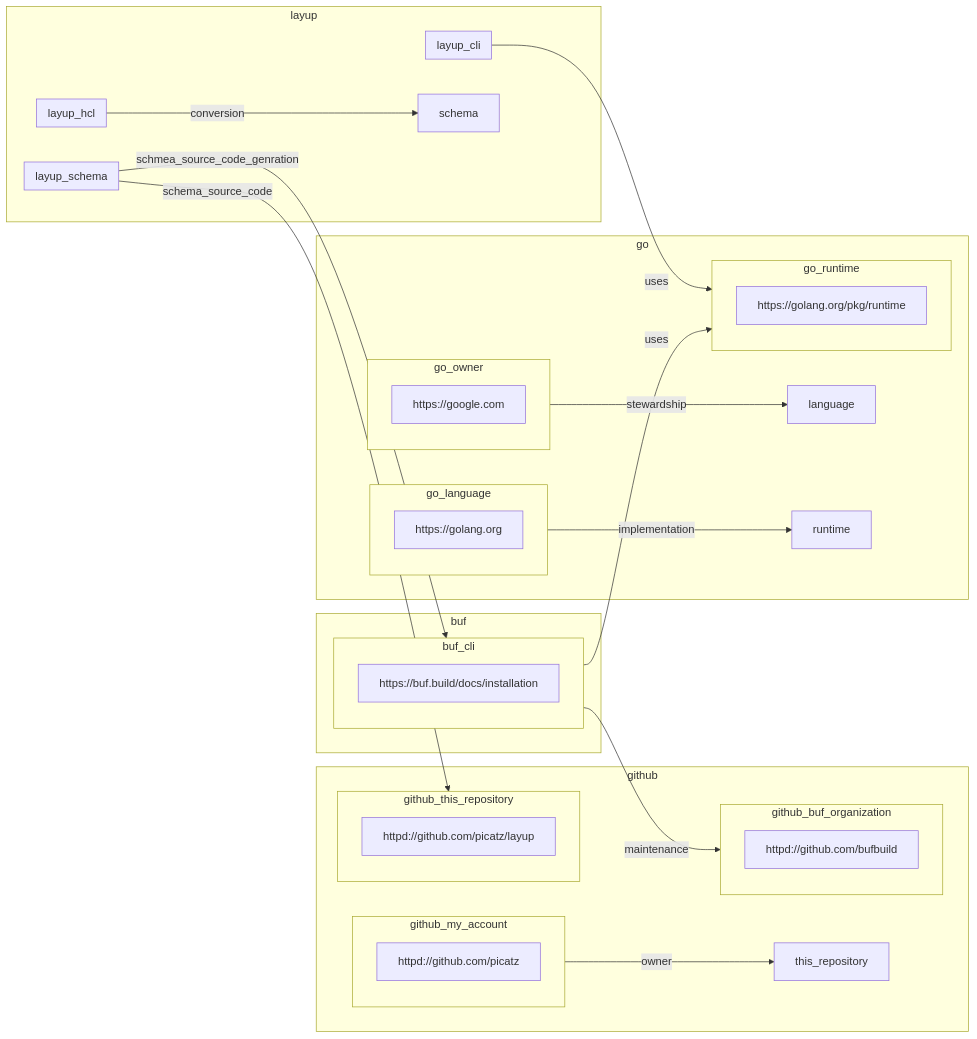
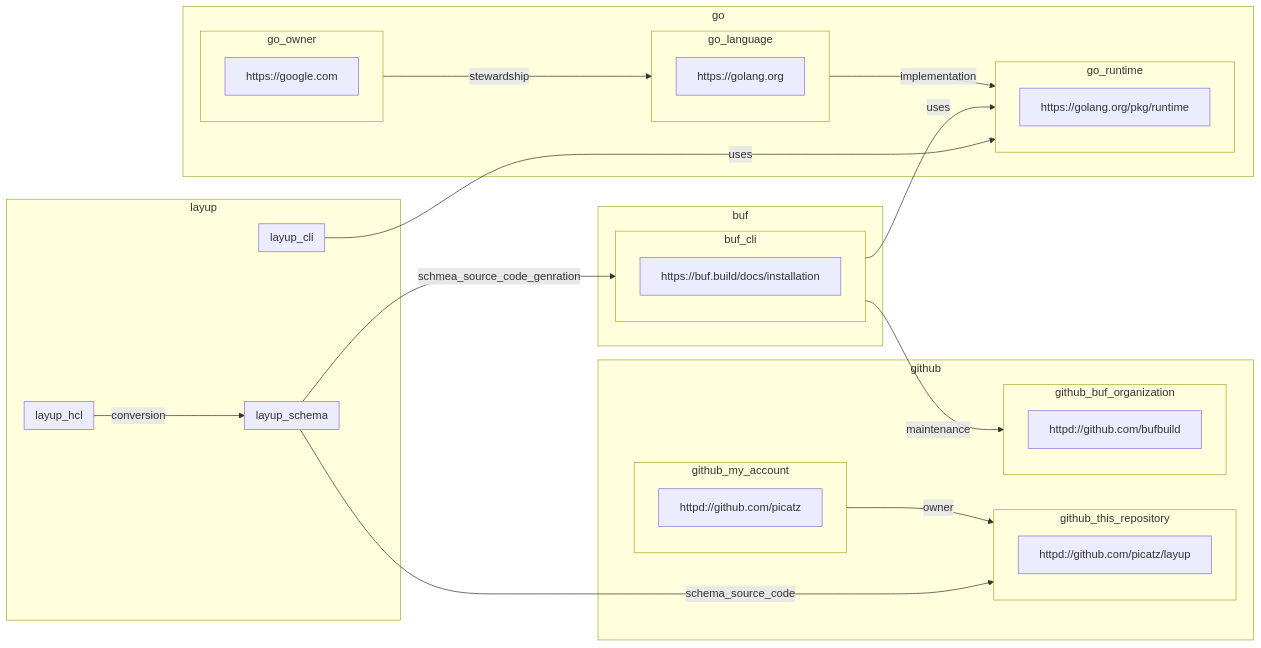
Before and after one commit to picatz/layup: the diagram in README.md, drawn with Mermaid. The commit also changed 1 other file, not shown here.

Commit message:
Fix link to Mermaid graph node ID

````diff
--- a/README.md
+++ b/README.md
@@ -415,60 +415,60 @@
 ```mermaid
 graph LR
   subgraph github
     subgraph github_my_account
       github_my_account_url[httpd://github.com/picatz]
     end
 
     subgraph github_this_repository
       github_this_repository_url[httpd://github.com/picatz/layup]
     end
 
     subgraph github_buf_organization
       github_buf_organization_url[httpd://github.com/bufbuild]
     end
 
-    github_my_account-->|owner|this_repository
+    github_my_account-->|owner|github_this_repository
   end
 
   subgraph go
     subgraph go_owner
       go_owner_url[https://google.com]
     end
 
     subgraph go_language
       go_language_url[https://golang.org]
     end
 
     subgraph go_runtime
       go_runtime_url[https://golang.org/pkg/runtime]
     end
 
-    go_owner-->|stewardship|language
-    go_language-->|implementation|runtime
+    go_owner-->|stewardship|go_language
+    go_language-->|implementation|go_runtime
   end
 
   subgraph buf
     subgraph buf_cli
       buf_cli_url[https://buf.build/docs/installation]
     end
 
     buf_cli-->|maintenance|github_buf_organization
     buf_cli-->|uses|go_runtime
   end
 
   subgraph layup
     subgraph layup_schema
     end
 
     subgraph layup_hcl
     end
 
     subgraph layup_cli
     end
 
-    layup_hcl-->|conversion|schema
+    layup_hcl-->|conversion|layup_schema
     layup_schema-->|schmea_source_code_genration|buf_cli
     layup_schema-->|schema_source_code|github_this_repository
     layup_cli-->|uses|go_runtime
   end
 ```
````
